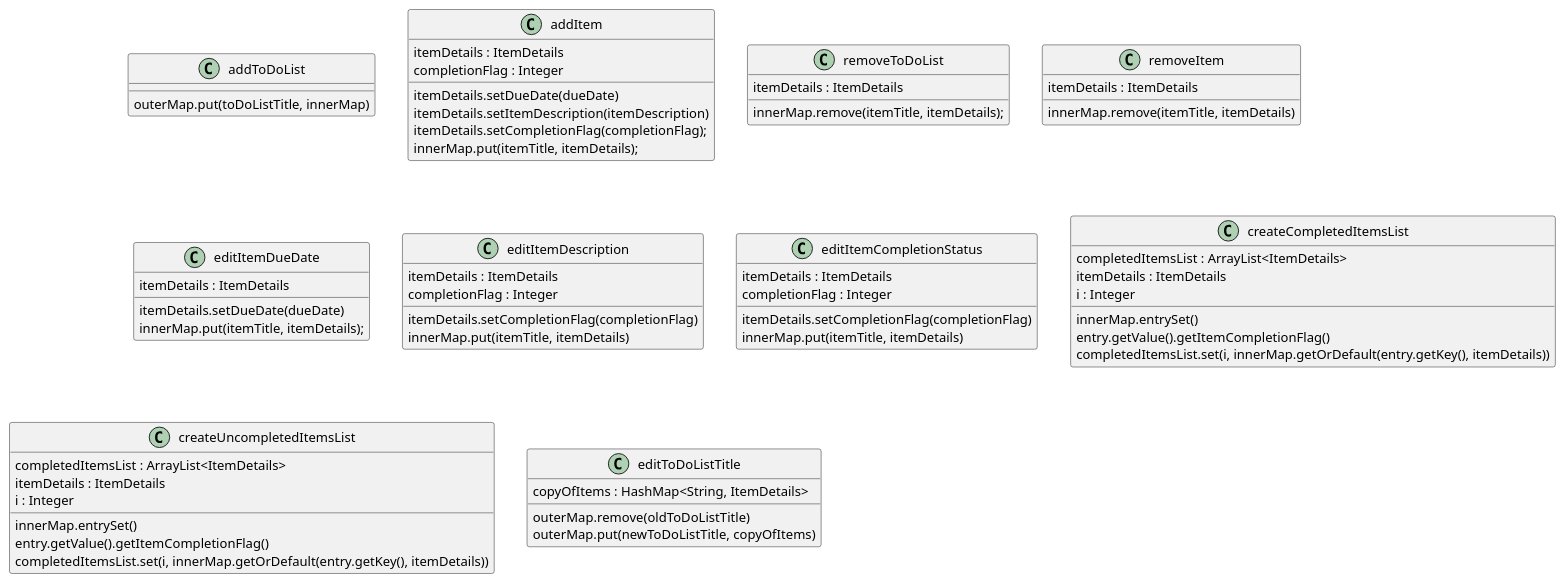
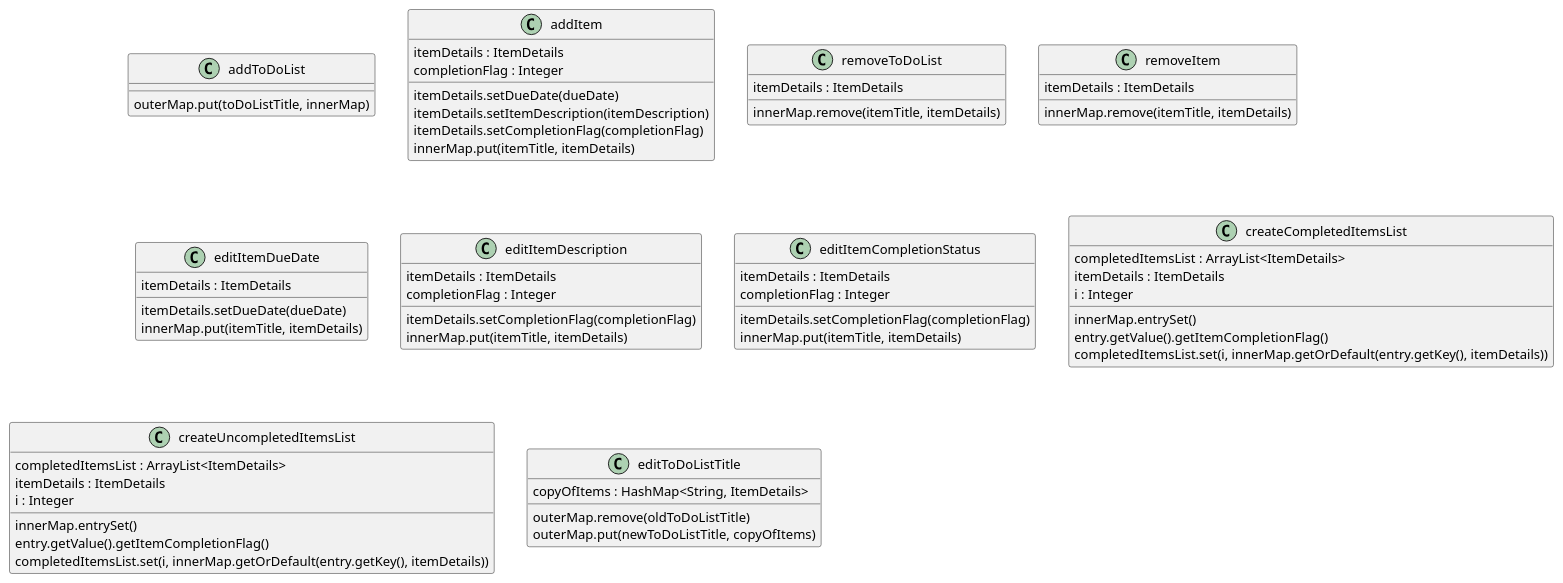
The diagram in src/uml/assignment4_classdiagram.puml (averyreyna/reyna-cop3330-assignment4), drawn with PlantUML before and after one commit. The commit also changed 4 other files, not shown here.

```diff
--- a/src/uml/assignment4_classdiagram.puml
+++ b/src/uml/assignment4_classdiagram.puml
@@ -1,82 +1,82 @@
 @startuml
 'https://plantuml.com/class-diagram'
 
 class addToDoList
 {
     outerMap.put(toDoListTitle, innerMap)
 }
 
 class addItem
 {
     itemDetails : ItemDetails
     completionFlag : Integer
     itemDetails.setDueDate(dueDate)
     itemDetails.setItemDescription(itemDescription)
-    itemDetails.setCompletionFlag(completionFlag);
-    innerMap.put(itemTitle, itemDetails);
+    itemDetails.setCompletionFlag(completionFlag)
+    innerMap.put(itemTitle, itemDetails)
 }
 
 class removeToDoList
 {
     itemDetails : ItemDetails
-    innerMap.remove(itemTitle, itemDetails);
+    innerMap.remove(itemTitle, itemDetails)
 }
 
 class removeItem
 {
      itemDetails : ItemDetails
      innerMap.remove(itemTitle, itemDetails)
 }
 
 class editItemDueDate
 {
     itemDetails : ItemDetails
     itemDetails.setDueDate(dueDate)
-    innerMap.put(itemTitle, itemDetails);
+    innerMap.put(itemTitle, itemDetails)
 }
 
 class editItemDescription
 {
     itemDetails : ItemDetails
     completionFlag : Integer
     itemDetails.setCompletionFlag(completionFlag)
     innerMap.put(itemTitle, itemDetails)
 }
 
 class editItemCompletionStatus
 {
     itemDetails : ItemDetails
     completionFlag : Integer
     itemDetails.setCompletionFlag(completionFlag)
     innerMap.put(itemTitle, itemDetails)
 }
 
 class createCompletedItemsList
 {
     completedItemsList : ArrayList<ItemDetails>
     itemDetails : ItemDetails
     i : Integer
     innerMap.entrySet()
     entry.getValue().getItemCompletionFlag()
     completedItemsList.set(i, innerMap.getOrDefault(entry.getKey(), itemDetails))
 }
 
 
 class createUncompletedItemsList
 {
     completedItemsList : ArrayList<ItemDetails>
     itemDetails : ItemDetails
     i : Integer
     innerMap.entrySet()
     entry.getValue().getItemCompletionFlag()
     completedItemsList.set(i, innerMap.getOrDefault(entry.getKey(), itemDetails))
 }
 
 class editToDoListTitle
 {
     copyOfItems : HashMap<String, ItemDetails>
     outerMap.remove(oldToDoListTitle)
     outerMap.put(newToDoListTitle, copyOfItems)
 }
 
 @enduml
```
